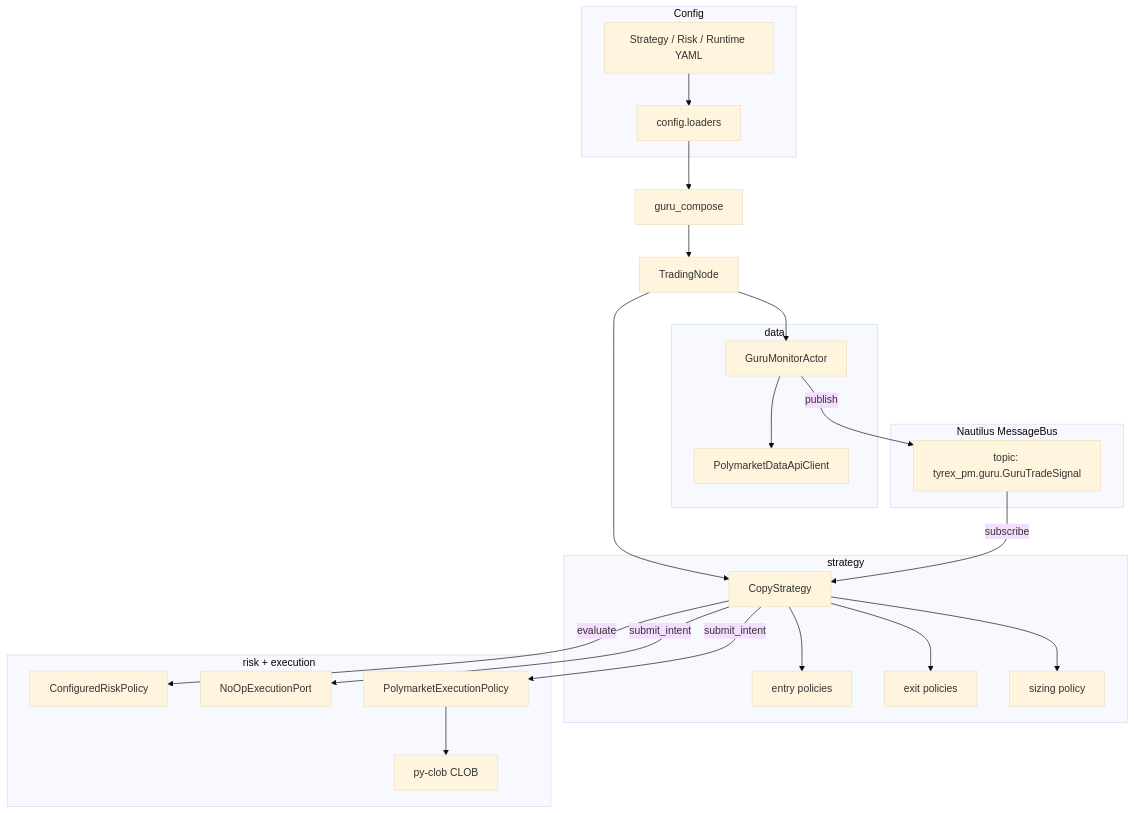
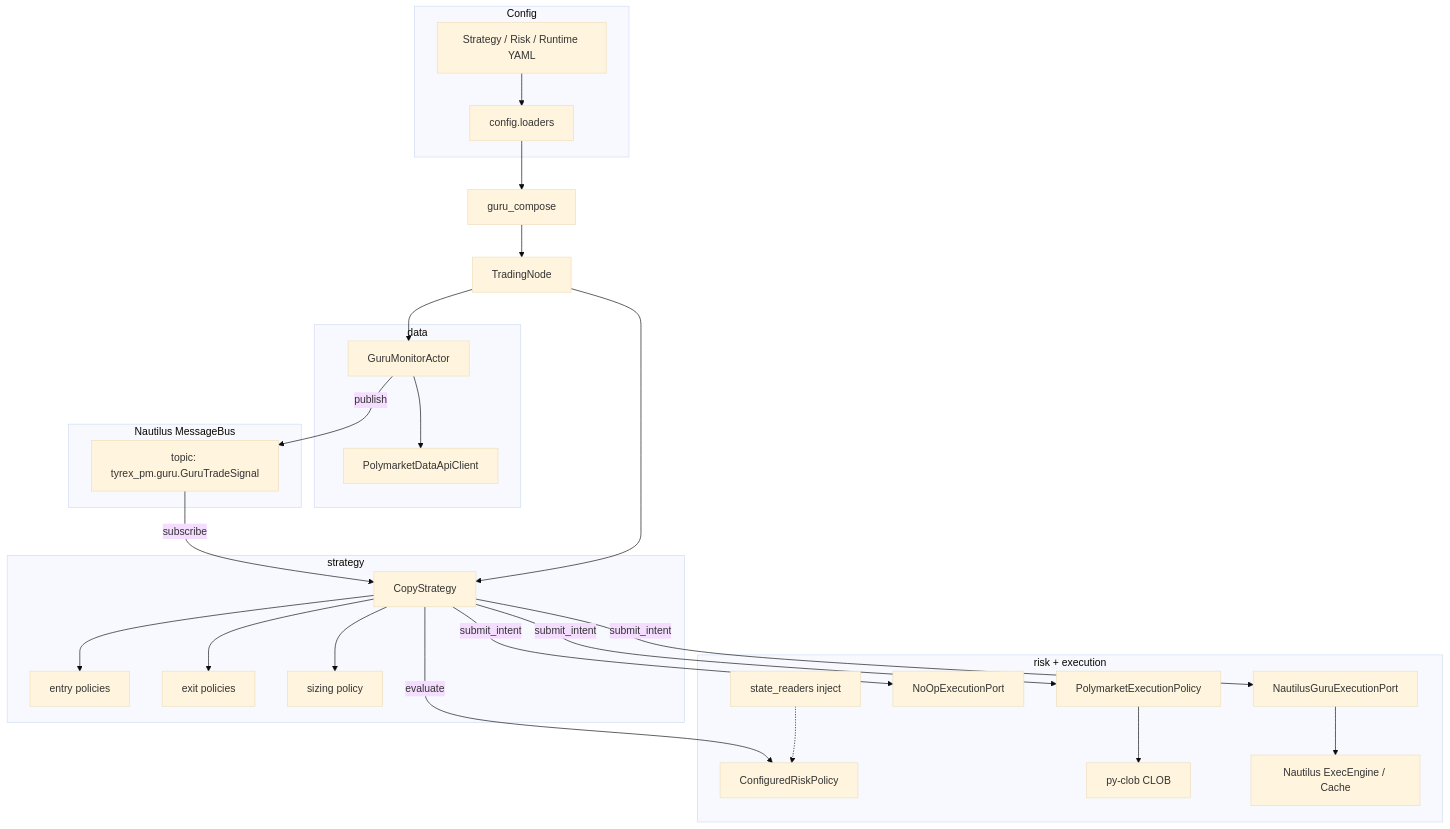
One commit to eliesgherbi/Tyrex_PM changed the diagram in Docs/Architecture.md. Above: the diagram before and after it, drawn with Mermaid (base theme). The commit also changed other lines of this file and 71 other files, not shown here.

Commit message:
finalized v1 naif guru folower and basic architecture, moving toward pahse C upgrade

````diff
--- a/Docs/Architecture.md
+++ b/Docs/Architecture.md
@@ -68,46 +71,52 @@
 ```mermaid
 flowchart TB
   subgraph Config
     YAML[Strategy / Risk / Runtime YAML]
     Loaders[config.loaders]
   end
 
   subgraph DataLayer[data]
     Actor[GuruMonitorActor]
     API[PolymarketDataApiClient]
     Actor --> API
   end
 
   subgraph Bus[Nautilus MessageBus]
     Topic["topic: tyrex_pm.guru.GuruTradeSignal"]
   end
 
   subgraph StrategyLayer[strategy]
     Copy[CopyStrategy]
     Entry[entry policies]
     Exit[exit policies]
     Size[sizing policy]
     Copy --> Entry
     Copy --> Exit
     Copy --> Size
   end
 
   subgraph RiskExec[risk + execution]
     Risk[ConfiguredRiskPolicy]
+    Readers[state_readers inject]
     XShad[NoOpExecutionPort]
     XLive[PolymarketExecutionPolicy]
+    XNau[NautilusGuruExecutionPort]
     CLOB[py-clob CLOB]
+    NT[Nautilus ExecEngine / Cache]
     XLive --> CLOB
+    XNau --> NT
+    Readers -.-> Risk
   end
 
   YAML --> Loaders
   Loaders --> Runtime[guru_compose]
   Runtime --> TradingNode[TradingNode]
   TradingNode --> Actor
   TradingNode --> Copy
   Actor -->|publish| Topic
   Topic -->|subscribe| Copy
   Copy -->|evaluate| Risk
   Copy -->|submit_intent| XShad
   Copy -->|submit_intent| XLive
+  Copy -->|submit_intent| XNau
 ```
````
